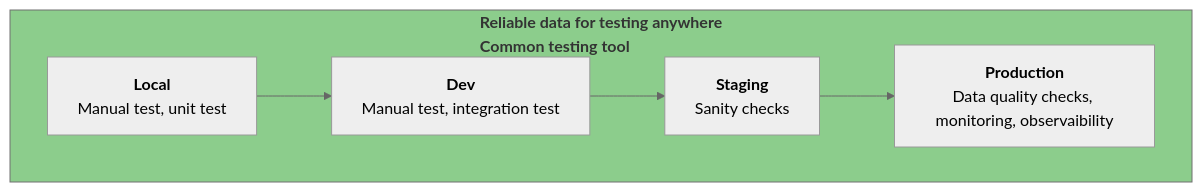
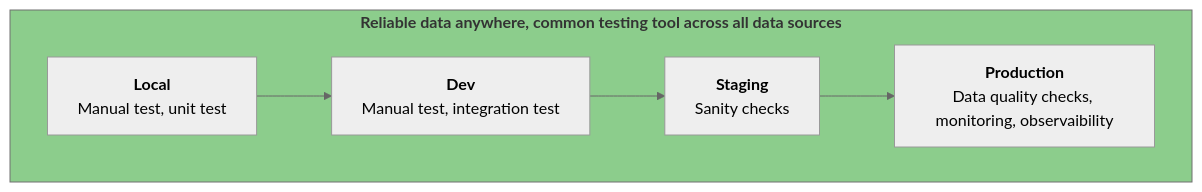
The second of 2 diagrams in docs/use-case/blog/shift-left-data-quality.md (data-catering/data-caterer-docs), drawn with Mermaid (neutral theme) before and after one commit. The commit also changed other lines of this file and 52 other files, not shown here.

Commit message:
Add in column name validations, add in data catering to comparison list, add in more diagrams to show how data caterer works

````diff
--- a/docs/use-case/blog/shift-left-data-quality.md
+++ b/docs/use-case/blog/shift-left-data-quality.md
@@ -35,16 +39,16 @@
 ``` mermaid
 graph LR
-  subgraph qualityData[<b>Reliable data for testing anywhere<br>Common testing tool</b>]
+  subgraph qualityData[<b>Reliable data anywhere, common testing tool across all data sources</b>]
   direction LR
   local[<b>Local</b>\nManual test, unit test]
   dev[<b>Dev</b>\nManual test, integration test]
   stg[<b>Staging</b>\nSanity checks]
   prod[<b>Production</b>\nData quality checks, monitoring, observaibility]
   end
   
   style qualityData fill:#5cb85c,fill-opacity:0.7
   
   local --> dev
   dev --> stg
   stg --> prod
 ```
````
